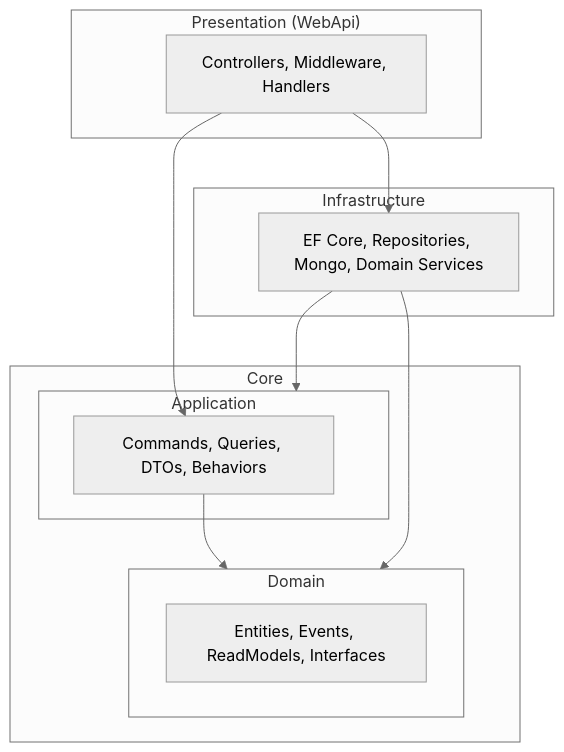
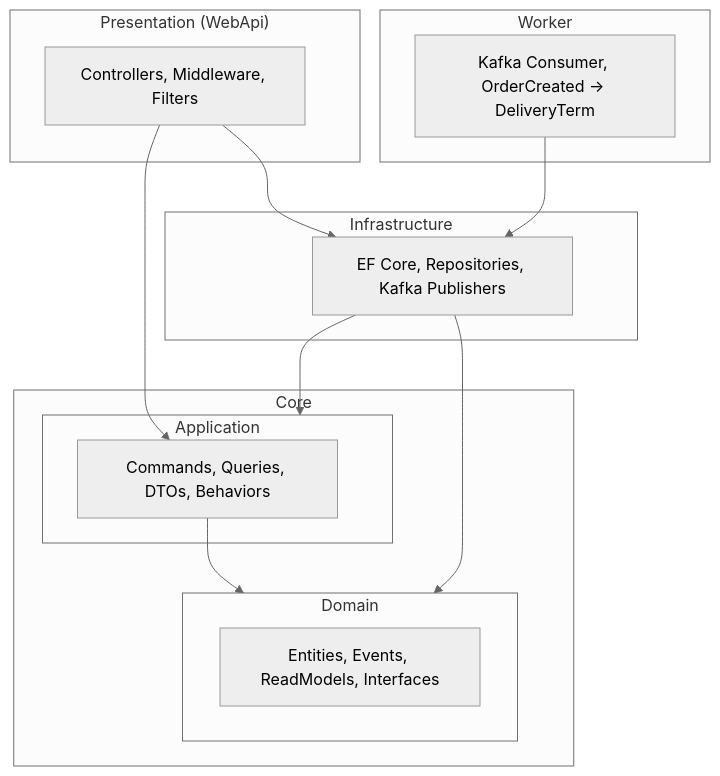
Before and after one commit to roberthsx/gestao-pedidos-minerva: the diagram in Back-end/docs/architecture.md, drawn with Mermaid (neutral theme). The commit also changed other lines of this file and 2930 other files, not shown here.

````diff
--- a/Back-end/docs/architecture.md
+++ b/Back-end/docs/architecture.md
@@ -23,22 +23,26 @@
 ```mermaid
 flowchart TB
     subgraph Presentation["Presentation (WebApi)"]
-        API[Controllers, Middleware, Handlers]
+        API[Controllers, Middleware, Filters]
+    end
+    subgraph Worker["Worker"]
+        KAFKA_CONSUMER[Kafka Consumer, OrderCreated → DeliveryTerm]
     end
     subgraph Infrastructure["Infrastructure"]
-        EF[EF Core, Repositories, Mongo, Domain Services]
+        EF[EF Core, Repositories, Kafka Publishers]
     end
     subgraph Core["Core"]
         subgraph Application["Application"]
             CQRS[Commands, Queries, DTOs, Behaviors]
         end
         subgraph Domain["Domain"]
             Entities[Entities, Events, ReadModels, Interfaces]
         end
     end
     API --> CQRS
     API --> EF
+    KAFKA_CONSUMER --> EF
     CQRS --> Domain
     EF --> Application
     EF --> Domain
 ```
````
